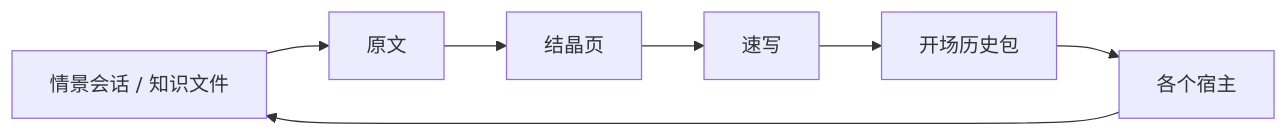
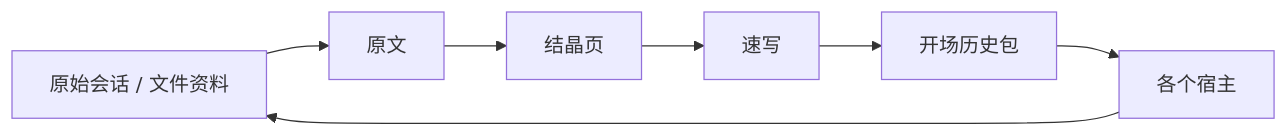
One commit to rogdance/rogmem changed the diagram in README.md. Above: the diagram before and after it, drawn with Mermaid. The commit also changed other lines of this file and 211 other files, not shown here.

````diff
--- a/README.md
+++ b/README.md
@@ -63,9 +63,9 @@
 ```mermaid
 flowchart LR
-  src["情景会话 / 知识文件"] --> raw["原文"]
+  src["原始会话 / 文件资料"] --> raw["原文"]
   raw --> pages["结晶页"]
   pages --> sketch["速写"]
   sketch --> pack["开场历史包"]
   pack --> hosts["各个宿主"]
   hosts --> src
 ```
````
